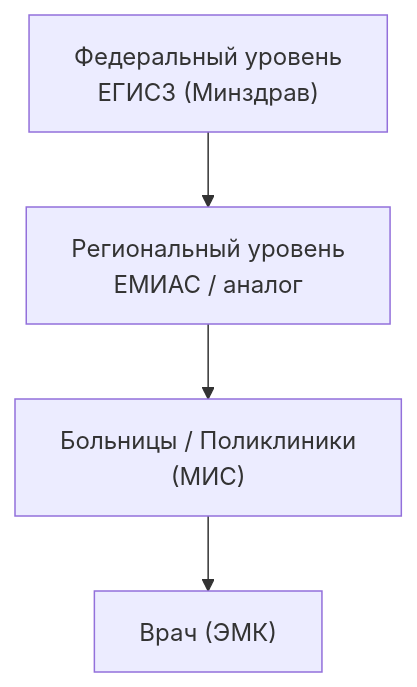
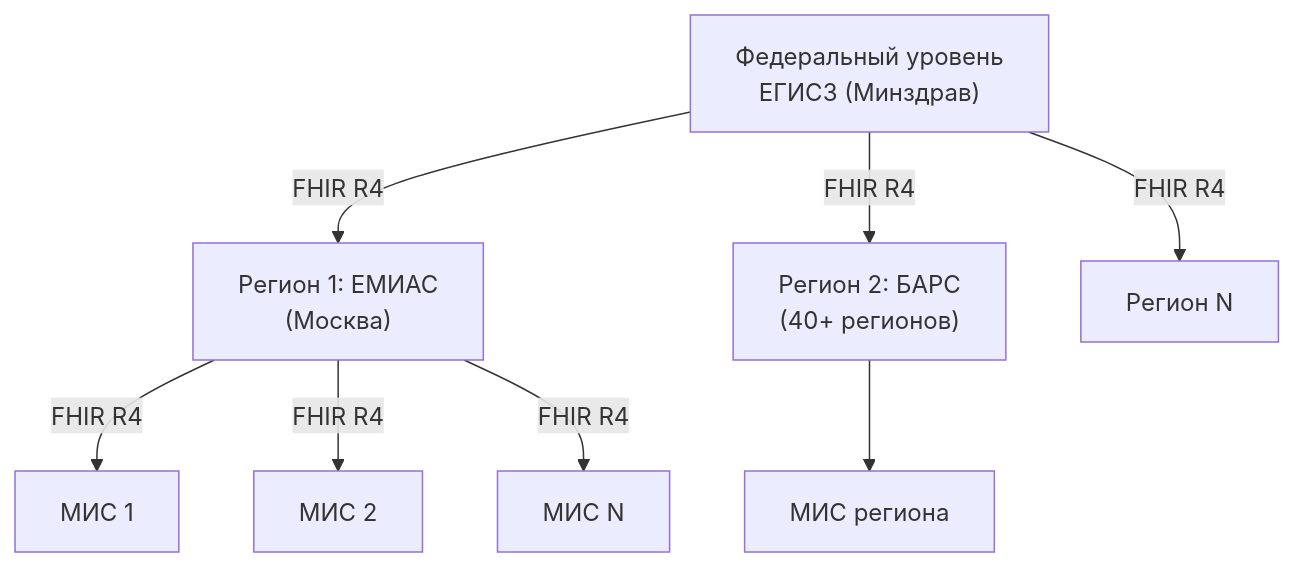
One commit to sergeyodnoval-bot/sysanalyst-kb.github.io changed the first of 2 diagrams in tech/emias.md. Above: the diagram before and after it, drawn with Mermaid. The commit also changed other lines of this file and 13 other files, not shown here.

````diff
--- a/tech/emias.md
+++ b/tech/emias.md
@@ -21,6 +44,10 @@
 ```mermaid
 flowchart TD
-    F["Федеральный уровень<br/>ЕГИСЗ (Минздрав)"] --> R["Региональный уровень<br/>ЕМИАС / аналог"]
-    R --> H["Больницы / Поликлиники<br/>(МИС)"]
-    H --> D["Врач (ЭМК)"]
+    F["Федеральный уровень<br/>ЕГИСЗ (Минздрав)"] -->|"FHIR R4"| R1["Регион 1: ЕМИАС<br/>(Москва)"]
+    F -->|"FHIR R4"| R2["Регион 2: БАРС<br/>(40+ регионов)"]
+    F -->|"FHIR R4"| R3["Регион N"]
+    R1 -->|"FHIR R4"| H1["МИС 1"]
+    R1 -->|"FHIR R4"| H2["МИС 2"]
+    R1 -->|"FHIR R4"| H3["МИС N"]
+    R2 --> H4["МИС региона"]
 ```
````
